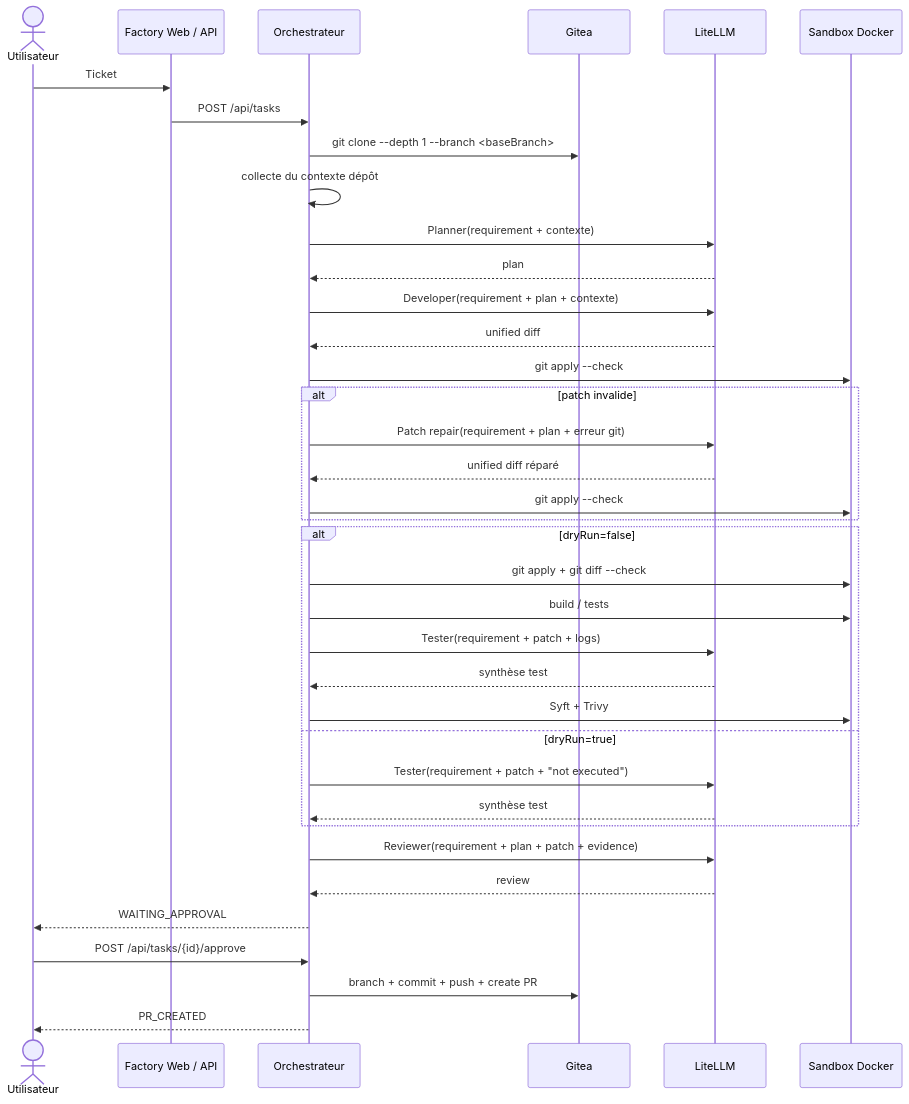
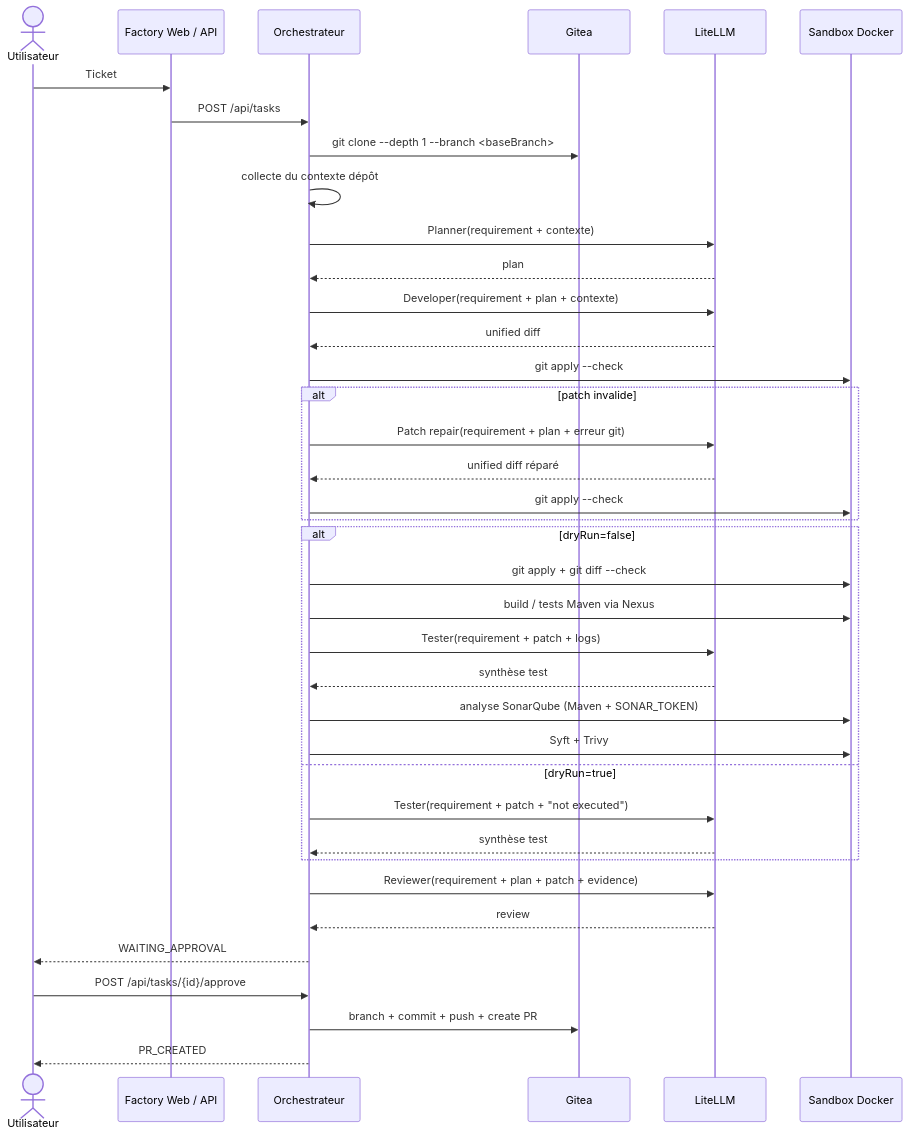
One commit to dbeaumont/ai-software-factory-local changed the second of 2 diagrams in docs/architecture.md. Above: the diagram before and after it, drawn with Mermaid. The commit also changed other lines of this file and 23 other files, not shown here.

````diff
--- a/docs/architecture.md
+++ b/docs/architecture.md
@@ -62,40 +56,41 @@
 ```mermaid
 sequenceDiagram
   actor U as Utilisateur
   participant W as Factory Web / API
   participant O as Orchestrateur
   participant G as Gitea
   participant L as LiteLLM
   participant S as Sandbox Docker
 
   U->>W: Ticket
   W->>O: POST /api/tasks
   O->>G: git clone --depth 1 --branch <baseBranch>
   O->>O: collecte du contexte dépôt
   O->>L: Planner(requirement + contexte)
   L-->>O: plan
   O->>L: Developer(requirement + plan + contexte)
   L-->>O: unified diff
   O->>S: git apply --check
   alt patch invalide
     O->>L: Patch repair(requirement + plan + erreur git)
     L-->>O: unified diff réparé
     O->>S: git apply --check
   end
   alt dryRun=false
     O->>S: git apply + git diff --check
-    O->>S: build / tests
+    O->>S: build / tests Maven via Nexus
     O->>L: Tester(requirement + patch + logs)
     L-->>O: synthèse test
+    O->>S: analyse SonarQube (Maven + SONAR_TOKEN)
     O->>S: Syft + Trivy
   else dryRun=true
     O->>L: Tester(requirement + patch + "not executed")
     L-->>O: synthèse test
   end
   O->>L: Reviewer(requirement + plan + patch + evidence)
   L-->>O: review
   O-->>U: WAITING_APPROVAL
   U->>O: POST /api/tasks/{id}/approve
   O->>G: branch + commit + push + create PR
   O-->>U: PR_CREATED
 ```
````
